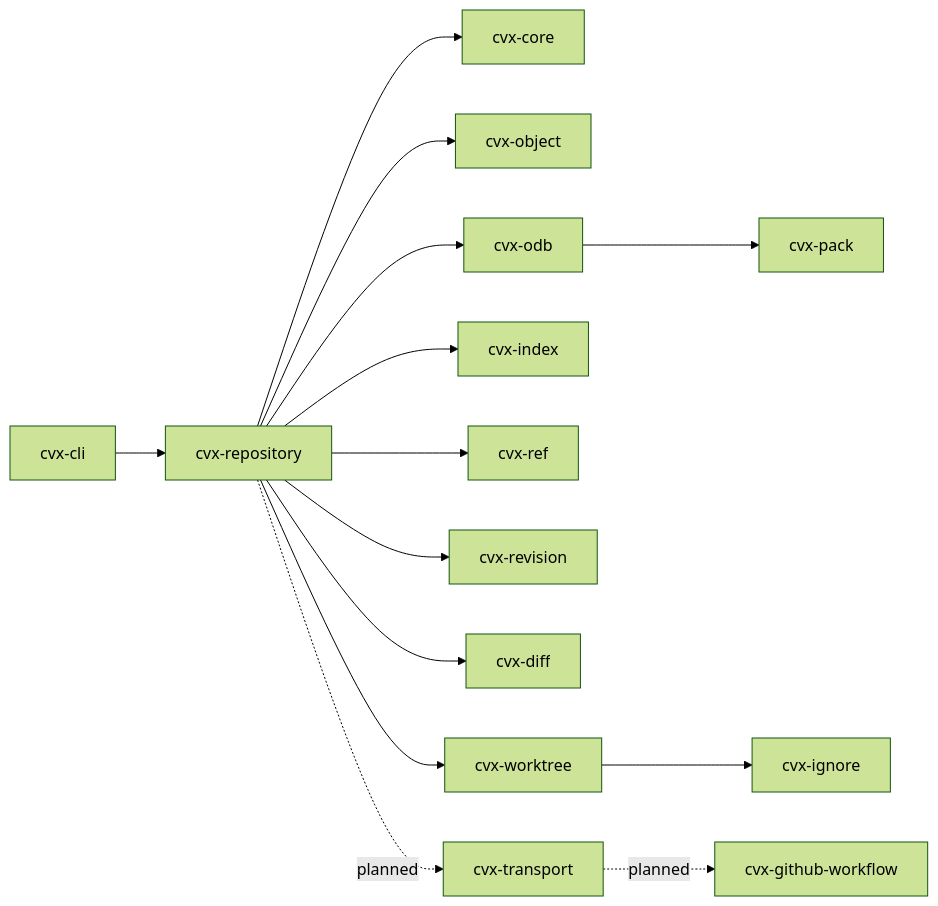
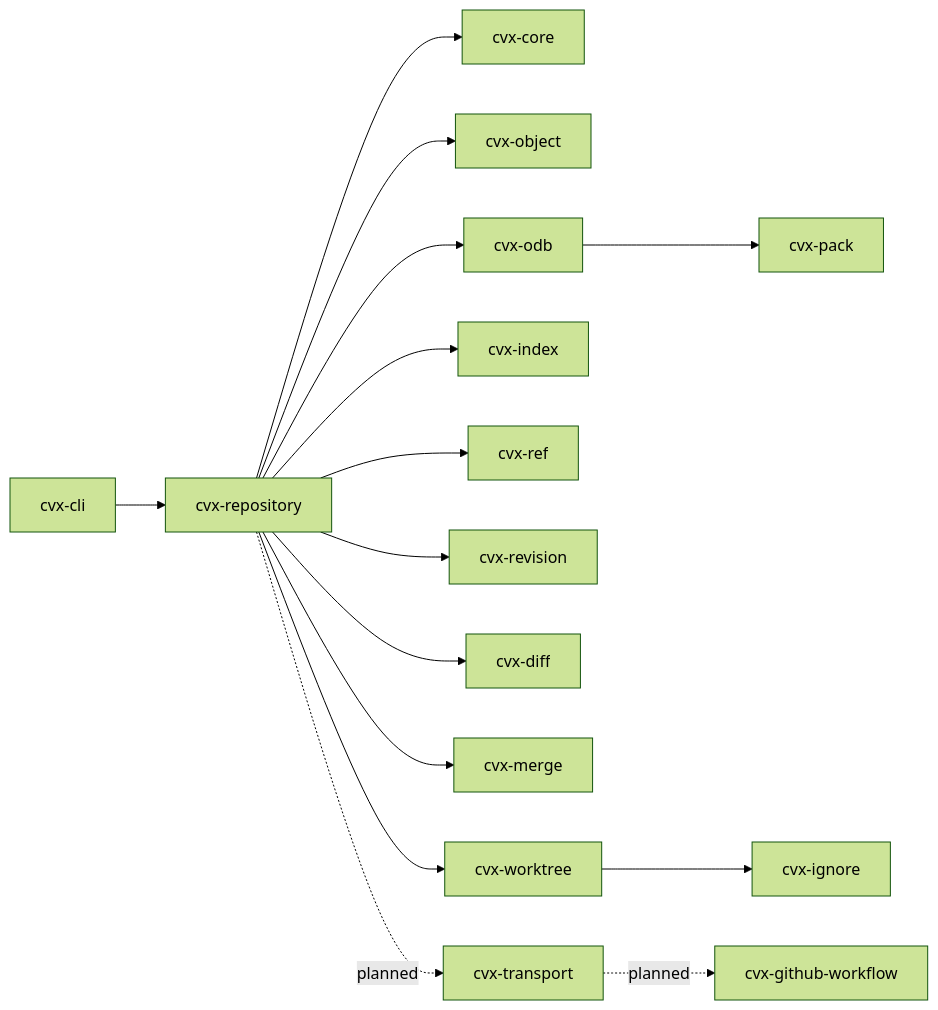
The diagram in README.md (marcosgabrielgomes110-collab/cvx), drawn with Mermaid (forest theme) before and after one commit. The commit also changed other lines of this file and 34 other files, not shown here.

````diff
--- a/README.md
+++ b/README.md
@@ -66,16 +74,17 @@
 ```mermaid
 flowchart LR
     CLI["cvx-cli"] --> Repo["cvx-repository"]
     Repo --> Core["cvx-core"]
     Repo --> Object["cvx-object"]
     Repo --> ODB["cvx-odb"]
     Repo --> Index["cvx-index"]
     Repo --> Refs["cvx-ref"]
     Repo --> Revision["cvx-revision"]
     Repo --> Diff["cvx-diff"]
+    Repo --> Merge["cvx-merge"]
     Repo --> Worktree["cvx-worktree"]
     ODB --> Pack["cvx-pack"]
     Worktree --> Ignore["cvx-ignore"]
     Repo -. planned .-> Transport["cvx-transport"]
     Transport -. planned .-> GitHub["cvx-github-workflow"]
 ```
````
